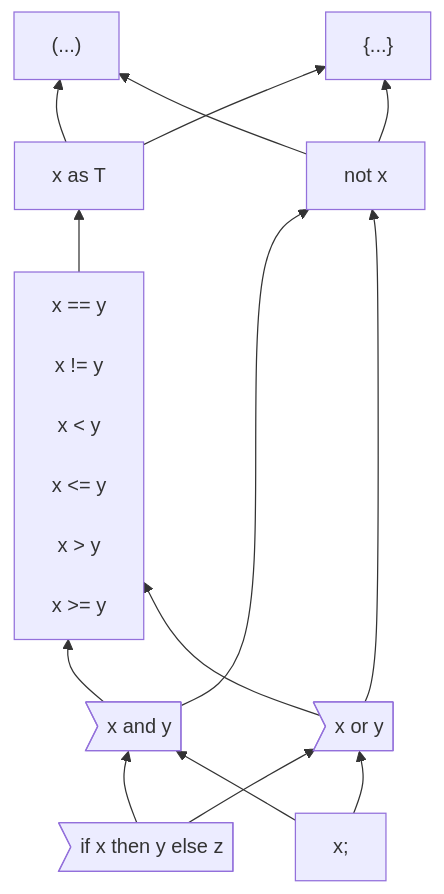
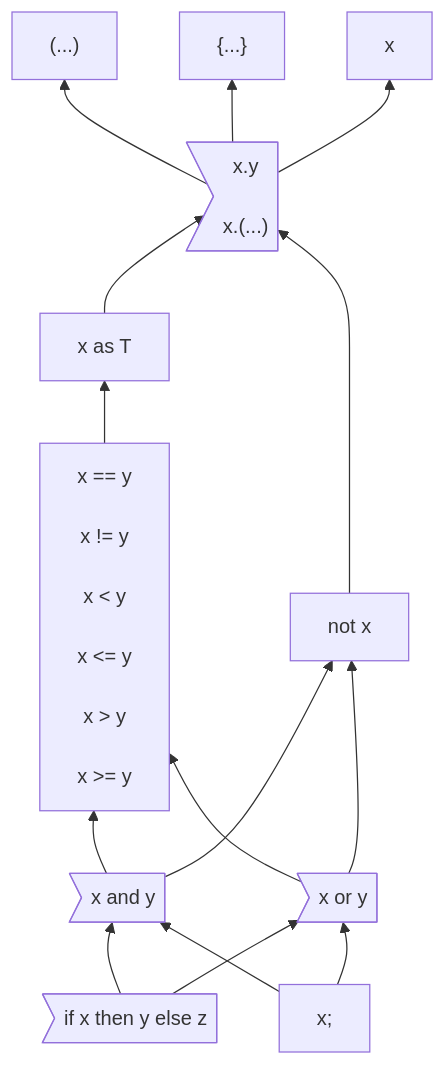
Before and after one commit to carbon-language/carbon-lang: the first of 2 diagrams in docs/design/expressions/README.md, drawn with Mermaid. The commit also changed other lines of this file and 2 other files, not shown here.

First line of the commit message:
Member access expressions (#989)

````diff
--- a/docs/design/expressions/README.md
+++ b/docs/design/expressions/README.md
@@ -49,38 +52,46 @@
 ```mermaid
 %%{init: {'themeVariables': {'fontFamily': 'monospace'}}}%%
 graph BT
     parens["(...)"]
 
     braces["{...}"]
     click braces "https://github.com/carbon-language/carbon-lang/blob/trunk/docs/design/classes.md#literals"
+
+    unqualifiedName["x"]
+    click unqualifiedName "https://github.com/carbon-language/carbon-lang/blob/trunk/docs/design/expressions/README.md#unqualified-names"
+
+    memberAccess>"x.y<br>
+                    x.(...)"]
+    click memberAccess "https://github.com/carbon-language/carbon-lang/blob/trunk/docs/design/expressions/member_access.md"
 
     as["x as T"]
     click as "https://github.com/carbon-language/carbon-lang/blob/trunk/docs/design/expressions/implicit_conversions.md"
 
     not["not x"]
     click not "https://github.com/carbon-language/carbon-lang/blob/trunk/docs/design/expressions/logical_operators.md"
 
     comparison["x == y<br>
                 x != y<br>
                 x < y<br>
                 x <= y<br>
                 x > y<br>
                 x >= y"]
     click comparison "https://github.com/carbon-language/carbon-lang/blob/trunk/docs/design/expressions/comparison_operators.md"
 
     and>"x and y"]
     click and "https://github.com/carbon-language/carbon-lang/blob/trunk/docs/design/expressions/logical_operators.md"
 
     or>"x or y"]
     click or "https://github.com/carbon-language/carbon-lang/blob/trunk/docs/design/expressions/logical_operators.md"
 
     if>"if x then y else z"]
     click if "https://github.com/carbon-language/carbon-lang/blob/trunk/docs/design/expressions/if.md"
 
     expressionEnd["x;"]
 
-    as & not --> parens & braces
+    memberAccess --> parens & braces & unqualifiedName
+    as & not --> memberAccess
     comparison --> as
     and & or --> comparison & not
     if & expressionEnd --> and & or
 ```
````
